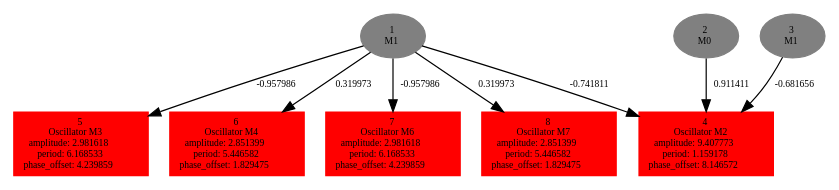
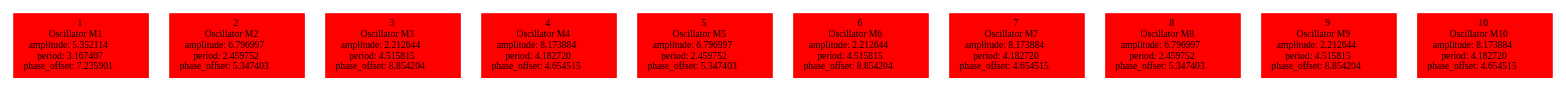
The diagram in experiments/locomotion1/offspringpop5/tempbrain.dot (karinemiras/l-system), drawn with Graphviz before and after one commit. The commit also changed 83 other files, not shown here.

```diff
--- a/experiments/locomotion1/offspringpop5/tempbrain.dot
+++ b/experiments/locomotion1/offspringpop5/tempbrain.dot
@@ -1,17 +1,12 @@
  digraph g{ forcelabels=true;
-1[label=<1<BR/>M1>,color="grey",style=filled,fontsize=8];
-2[label=<2<BR/>M0>,color="grey",style=filled,fontsize=8];
-3[label=<3<BR/>M1>,color="grey",style=filled,fontsize=8];
-4 [label=<4<BR />Oscillator M2<BR /> amplitude: 9.407773<BR /> period: 1.159178<BR /> phase_offset: 8.146572>, shape=box,color=red,style=filled,fontsize=8];
-5 [label=<5<BR />Oscillator M3<BR /> amplitude: 2.981618<BR /> period: 6.168533<BR /> phase_offset: 4.239859>, shape=box,color=red,style=filled,fontsize=8];
-6 [label=<6<BR />Oscillator M4<BR /> amplitude: 2.851399<BR /> period: 5.446582<BR /> phase_offset: 1.829475>, shape=box,color=red,style=filled,fontsize=8];
-7 [label=<7<BR />Oscillator M6<BR /> amplitude: 2.981618<BR /> period: 6.168533<BR /> phase_offset: 4.239859>, shape=box,color=red,style=filled,fontsize=8];
-8 [label=<8<BR />Oscillator M7<BR /> amplitude: 2.851399<BR /> period: 5.446582<BR /> phase_offset: 1.829475>, shape=box,color=red,style=filled,fontsize=8];
-1 -> 4[label="-0.741811 ",fontsize="8"];
-1 -> 5[label="-0.957986 ",fontsize="8"];
-1 -> 6[label="0.319973 ",fontsize="8"];
-1 -> 7[label="-0.957986 ",fontsize="8"];
-1 -> 8[label="0.319973 ",fontsize="8"];
-2 -> 4[label="0.911411 ",fontsize="8"];
-3 -> 4[label="-0.681656 ",fontsize="8"];
+1 [label=<1<BR />Oscillator M1<BR /> amplitude: 5.352114<BR /> period: 3.167407<BR /> phase_offset: 7.235901>, shape=box,color=red,style=filled,fontsize=8];
+2 [label=<2<BR />Oscillator M2<BR /> amplitude: 6.796997<BR /> period: 2.459752<BR /> phase_offset: 5.347403>, shape=box,color=red,style=filled,fontsize=8];
+3 [label=<3<BR />Oscillator M3<BR /> amplitude: 2.212644<BR /> period: 4.515815<BR /> phase_offset: 8.854204>, shape=box,color=red,style=filled,fontsize=8];
+4 [label=<4<BR />Oscillator M4<BR /> amplitude: 8.173884<BR /> period: 4.182720<BR /> phase_offset: 4.654515>, shape=box,color=red,style=filled,fontsize=8];
+5 [label=<5<BR />Oscillator M5<BR /> amplitude: 6.796997<BR /> period: 2.459752<BR /> phase_offset: 5.347403>, shape=box,color=red,style=filled,fontsize=8];
+6 [label=<6<BR />Oscillator M6<BR /> amplitude: 2.212644<BR /> period: 4.515815<BR /> phase_offset: 8.854204>, shape=box,color=red,style=filled,fontsize=8];
+7 [label=<7<BR />Oscillator M7<BR /> amplitude: 8.173884<BR /> period: 4.182720<BR /> phase_offset: 4.654515>, shape=box,color=red,style=filled,fontsize=8];
+8 [label=<8<BR />Oscillator M8<BR /> amplitude: 6.796997<BR /> period: 2.459752<BR /> phase_offset: 5.347403>, shape=box,color=red,style=filled,fontsize=8];
+9 [label=<9<BR />Oscillator M9<BR /> amplitude: 2.212644<BR /> period: 4.515815<BR /> phase_offset: 8.854204>, shape=box,color=red,style=filled,fontsize=8];
+10 [label=<10<BR />Oscillator M10<BR /> amplitude: 8.173884<BR /> period: 4.182720<BR /> phase_offset: 4.654515>, shape=box,color=red,style=filled,fontsize=8];
  }
```
